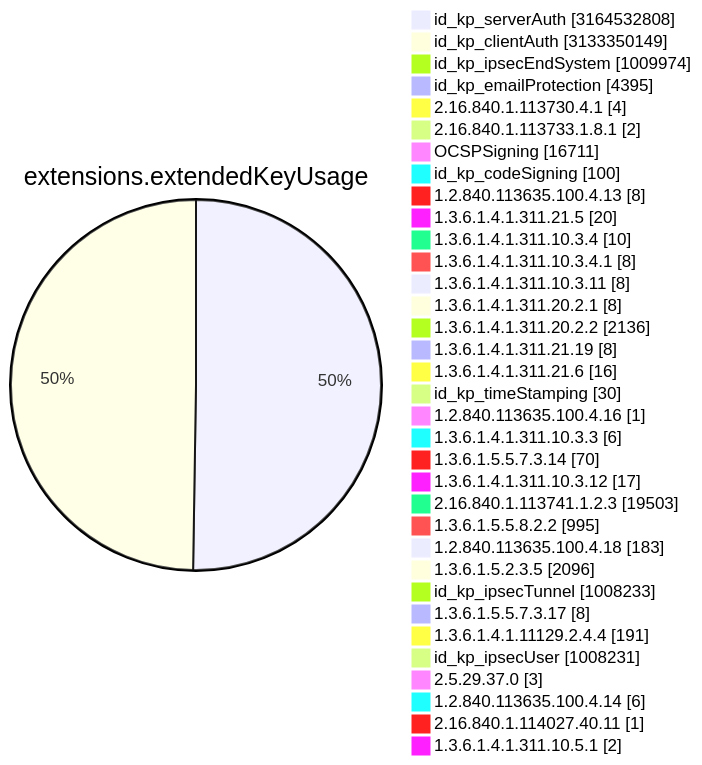
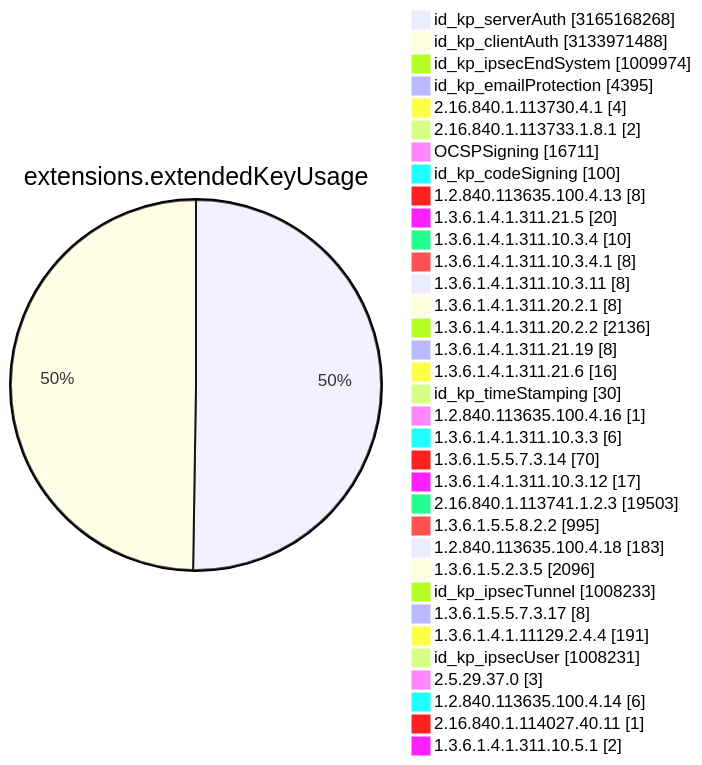
Before and after one commit to christiankrug/ctmonitor_visualization: diagram 11 of 15 in TOTAL/README.md, drawn with Mermaid. The commit also changed other lines of this file, not shown here.

````diff
--- a/TOTAL/README.md
+++ b/TOTAL/README.md
@@ -4119,38 +4119,38 @@
 ```mermaid
 pie showData
 title extensions.extendedKeyUsage
-"id_kp_serverAuth" :3164532808
-"id_kp_clientAuth" :3133350149
+"id_kp_serverAuth" :3165168268
+"id_kp_clientAuth" :3133971488
 "id_kp_ipsecEndSystem" :1009974
 "id_kp_emailProtection" :4395
 "2.16.840.1.113730.4.1" :4
 "2.16.840.1.113733.1.8.1" :2
 "OCSPSigning" :16711
 "id_kp_codeSigning" :100
 "1.2.840.113635.100.4.13" :8
 "1.3.6.1.4.1.311.21.5" :20
 "1.3.6.1.4.1.311.10.3.4" :10
 "1.3.6.1.4.1.311.10.3.4.1" :8
 "1.3.6.1.4.1.311.10.3.11" :8
 "1.3.6.1.4.1.311.20.2.1" :8
 "1.3.6.1.4.1.311.20.2.2" :2136
 "1.3.6.1.4.1.311.21.19" :8
 "1.3.6.1.4.1.311.21.6" :16
 "id_kp_timeStamping" :30
 "1.2.840.113635.100.4.16" :1
 "1.3.6.1.4.1.311.10.3.3" :6
 "1.3.6.1.5.5.7.3.14" :70
 "1.3.6.1.4.1.311.10.3.12" :17
 "2.16.840.1.113741.1.2.3" :19503
 "1.3.6.1.5.5.8.2.2" :995
 "1.2.840.113635.100.4.18" :183
 "1.3.6.1.5.2.3.5" :2096
 "id_kp_ipsecTunnel" :1008233
 "1.3.6.1.5.5.7.3.17" :8
 "1.3.6.1.4.1.11129.2.4.4" :191
 "id_kp_ipsecUser" :1008231
 "2.5.29.37.0" :3
 "1.2.840.113635.100.4.14" :6
 "2.16.840.1.114027.40.11" :1
 "1.3.6.1.4.1.311.10.5.1" :2
 ```
````
